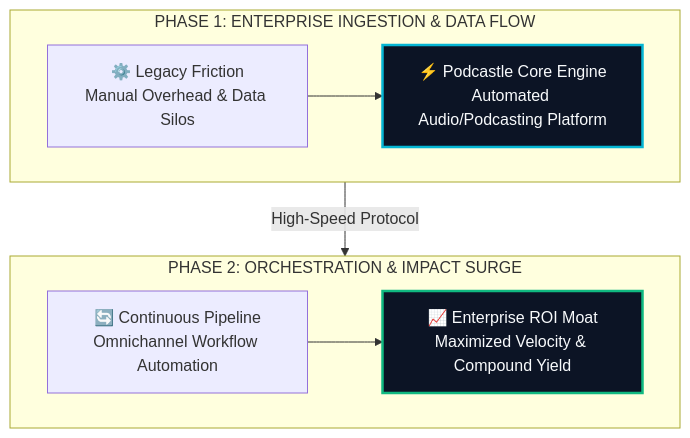
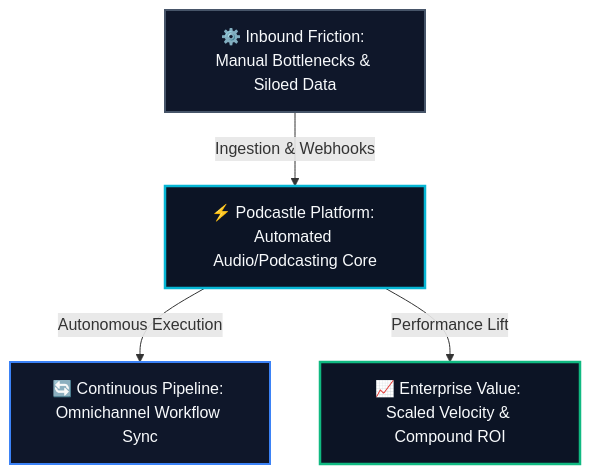
Before and after one commit to heliatech-media/saas-radar: the diagram in site/src/content/blog/podcastle.md, drawn with Mermaid. The commit also changed 93 other files, not shown here.

First line of the commit message:
fix(diagrams): resolve dagre-d3 subgraph collision by migrating to balanced 3-tier Hub & Spoke architecture

````diff
--- a/site/src/content/blog/podcastle.md
+++ b/site/src/content/blog/podcastle.md
@@ -64,14 +64,14 @@
 ```mermaid
 flowchart TD
-    subgraph S1["PHASE 1: ENTERPRISE INGESTION & DATA FLOW"]
-        direction LR
-        A["⚙️ Legacy Friction<br/>Manual Overhead & Data Silos"] --> B["⚡ Podcastle Core Engine<br/>Automated Audio/Podcasting Platform"]
-    end
-    subgraph S2["PHASE 2: ORCHESTRATION & IMPACT SURGE"]
-        direction LR
-        C["🔄 Continuous Pipeline<br/>Omnichannel Workflow Automation"] --> D["📈 Enterprise ROI Moat<br/>Maximized Velocity & Compound Yield"]
-    end
-    S1 -->|High-Speed Protocol| S2
-    style B fill:#0c1425,stroke:#06b6d4,stroke-width:2.5px,color:#f8fafc
-    style D fill:#0c1425,stroke:#10b981,stroke-width:2.5px,color:#f8fafc
+    Inp["⚙️ Inbound Friction: Manual Bottlenecks & Siloed Data"]
+    Eng["⚡ Podcastle Platform: Automated Audio/Podcasting Core"]
+    Out1["🔄 Continuous Pipeline: Omnichannel Workflow Sync"]
+    Out2["📈 Enterprise Value: Scaled Velocity & Compound ROI"]
+    Inp -->|Ingestion & Webhooks| Eng
+    Eng -->|Autonomous Execution| Out1
+    Eng -->|Performance Lift| Out2
+    style Inp fill:#0f172a,stroke:#475569,stroke-width:2px,color:#f8fafc
+    style Eng fill:#0c1425,stroke:#06b6d4,stroke-width:2.5px,color:#f8fafc
+    style Out1 fill:#0f172a,stroke:#3b82f6,stroke-width:2px,color:#f8fafc
+    style Out2 fill:#0c1425,stroke:#10b981,stroke-width:2.5px,color:#f8fafc
 ```
````
